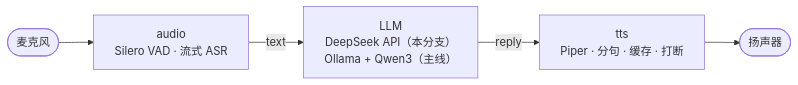
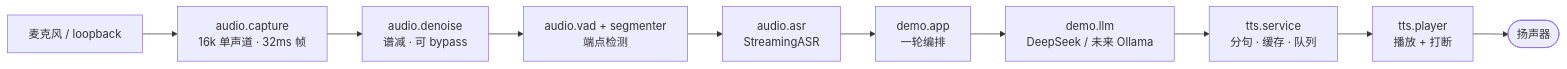
Before and after one commit to DongyueHAN/VoxDesk: the diagram in README.md, drawn with Mermaid. The commit also changed other lines of this file and 4 other files, not shown here.

````diff
--- a/README.md
+++ b/README.md
@@ -53,8 +26,13 @@
 ```mermaid
-%% diagram: ROOT-01 整体链路 | updated: 2026-11-05
+%% diagram: IMPL-01 代码层数据流 | updated: 2026-11-05
 flowchart LR
-    MIC(["麦克风"]) --> A["audio<br/>Silero VAD · 流式 ASR"]
-    A -->|"text"| L["LLM<br/>DeepSeek API（本分支）<br/>Ollama + Qwen3（主线）"]
-    L -->|"reply"| T["tts<br/>Piper · 分句 · 缓存 · 打断"]
-    T --> SPK(["扬声器"])
+    MIC["麦克风 / loopback"] --> CAP["audio.capture<br/>16k 单声道 · 32ms 帧"]
+    CAP --> DEN["audio.denoise<br/>谱减 · 可 bypass"]
+    DEN --> VAD["audio.vad + segmenter<br/>端点检测"]
+    VAD --> ASR["audio.asr<br/>StreamingASR"]
+    ASR --> APP["demo.app<br/>一轮编排"]
+    APP --> LLM["demo.llm<br/>DeepSeek / 未来 Ollama"]
+    LLM --> TTS["tts.service<br/>分句 · 缓存 · 队列"]
+    TTS --> PLAY["tts.player<br/>播放 + 打断"]
+    PLAY --> SPK([扬声器])
 ```
````
